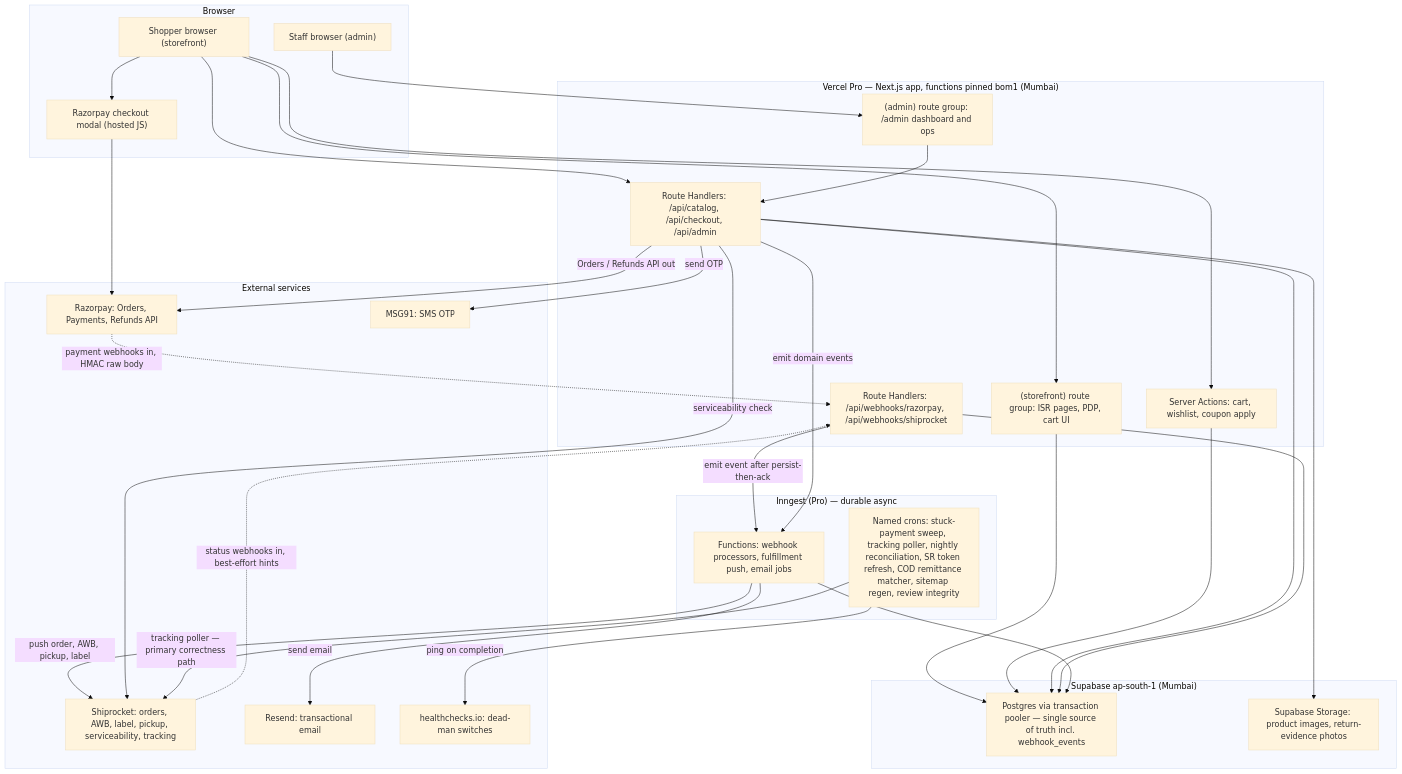
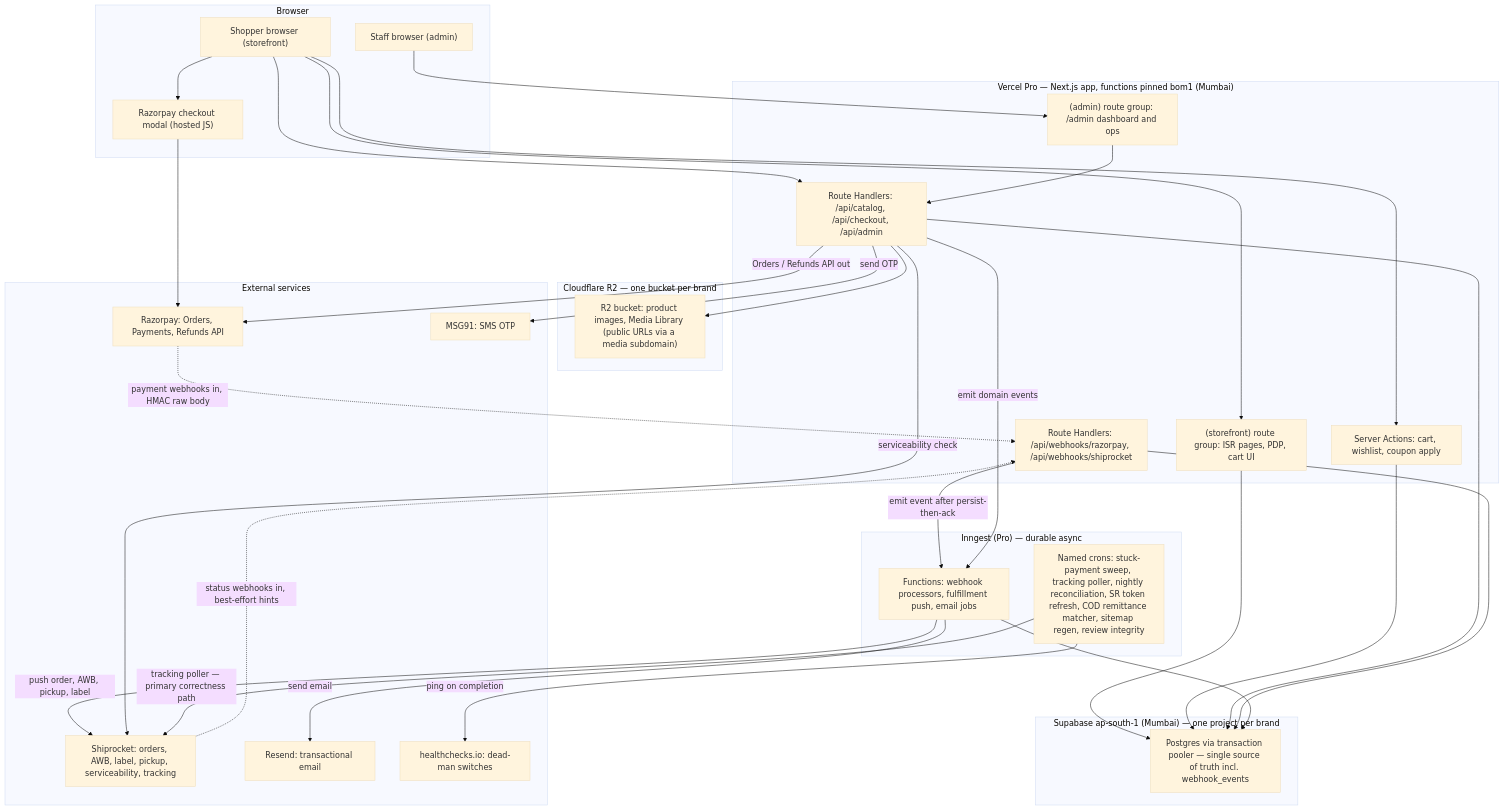
One commit to yagneshhihoriya/Kakoa changed the first of 2 diagrams in docs/SYSTEM_ARCHITECTURE.md. Above: the diagram before and after it, drawn with Mermaid (base theme). The commit also changed other lines of this file and 12 other files, not shown here.

````diff
--- a/docs/SYSTEM_ARCHITECTURE.md
+++ b/docs/SYSTEM_ARCHITECTURE.md
@@ -12,62 +12,65 @@
 ```mermaid
 flowchart TB
   subgraph Client["Browser"]
     Shopper["Shopper browser (storefront)"]
     AdminBrowser["Staff browser (admin)"]
     RzpModal["Razorpay checkout modal (hosted JS)"]
   end
 
   subgraph Vercel["Vercel Pro — Next.js app, functions pinned bom1 (Mumbai)"]
     ISR["(storefront) route group: ISR pages, PDP, cart UI"]
     AdminUI["(admin) route group: /admin dashboard and ops"]
     Actions["Server Actions: cart, wishlist, coupon apply"]
     Handlers["Route Handlers: /api/catalog, /api/checkout, /api/admin"]
     WebhookRoutes["Route Handlers: /api/webhooks/razorpay, /api/webhooks/shiprocket"]
   end
 
-  subgraph Supabase["Supabase ap-south-1 (Mumbai)"]
+  subgraph Supabase["Supabase ap-south-1 (Mumbai) — one project per brand"]
     PG["Postgres via transaction pooler — single source of truth incl. webhook_events"]
-    Storage["Supabase Storage: product images, return-evidence photos"]
+  end
+
+  subgraph Cloudflare["Cloudflare R2 — one bucket per brand"]
+    Storage["R2 bucket: product images, Media Library (public URLs via a media subdomain)"]
   end
 
   subgraph Inngest["Inngest (Pro) — durable async"]
     Fns["Functions: webhook processors, fulfillment push, email jobs"]
     Crons["Named crons: stuck-payment sweep, tracking poller, nightly reconciliation, SR token refresh, COD remittance matcher, sitemap regen, review integrity"]
   end
 
   subgraph External["External services"]
     Razorpay["Razorpay: Orders, Payments, Refunds API"]
     Shiprocket["Shiprocket: orders, AWB, label, pickup, serviceability, tracking"]
     MSG91["MSG91: SMS OTP"]
     Resend["Resend: transactional email"]
     HC["healthchecks.io: dead-man switches"]
   end
 
   Shopper --> ISR
   Shopper --> Actions
   Shopper --> Handlers
   Shopper --> RzpModal
   RzpModal --> Razorpay
   AdminBrowser --> AdminUI
   AdminUI --> Handlers
 
   ISR --> PG
   Actions --> PG
   Handlers --> PG
   Handlers --> Storage
   WebhookRoutes --> PG
   Fns --> PG
 
   Handlers -->|"Orders / Refunds API out"| Razorpay
   Razorpay -.->|"payment webhooks in, HMAC raw body"| WebhookRoutes
   Fns -->|"push order, AWB, pickup, label"| Shiprocket
   Handlers -->|"serviceability check"| Shiprocket
   Crons -->|"tracking poller — primary correctness path"| Shiprocket
   Shiprocket -.->|"status webhooks in, best-effort hints"| WebhookRoutes
   Handlers -->|"send OTP"| MSG91
   Fns -->|"send email"| Resend
   Crons -->|"ping on completion"| HC
 
   WebhookRoutes -->|"emit event after persist-then-ack"| Fns
   Handlers -->|"emit domain events"| Fns
 ```
````
